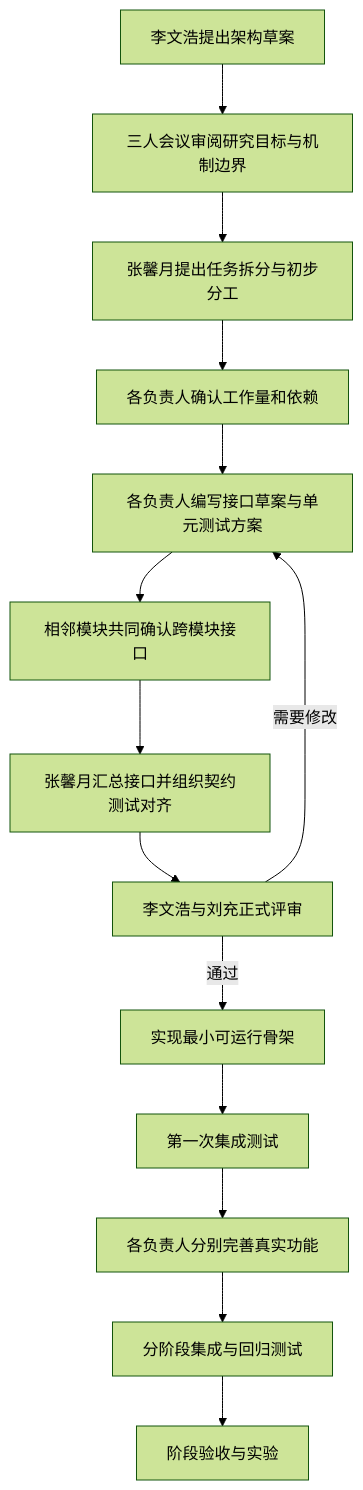
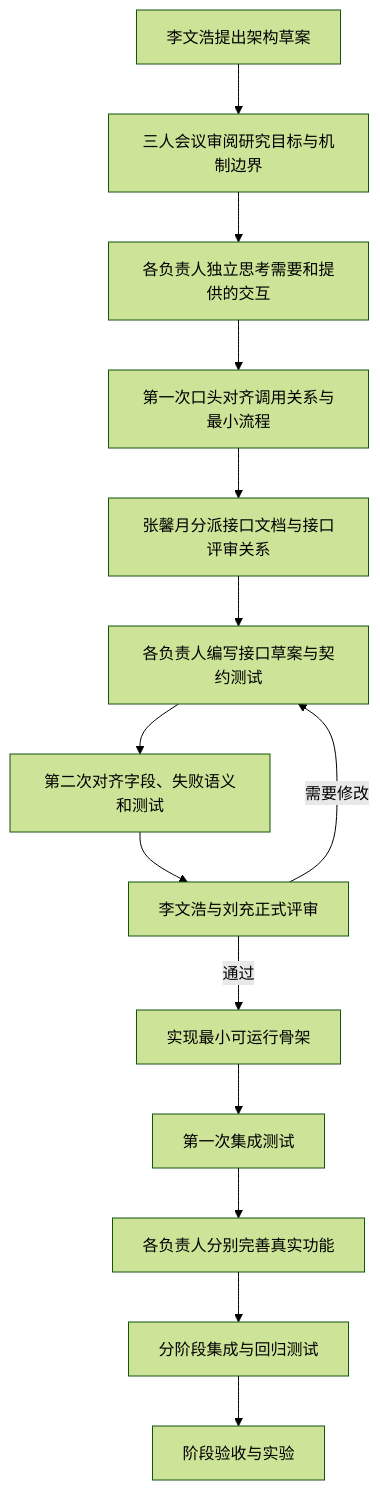
The diagram in docs/DEVELOPMENT_COLLABORATION_PROCESS.md (peterliwenhao/economic-systems-toy), drawn with Mermaid (forest theme) before and after one commit. The commit also changed other lines of this file and 10 other files, not shown here.

````diff
--- a/docs/DEVELOPMENT_COLLABORATION_PROCESS.md
+++ b/docs/DEVELOPMENT_COLLABORATION_PROCESS.md
@@ -69,16 +71,16 @@
 ```mermaid
 flowchart TD
     A[李文浩提出架构草案] --> B[三人会议审阅研究目标与机制边界]
-    B --> C[张馨月提出任务拆分与初步分工]
-    C --> D[各负责人确认工作量和依赖]
-    D --> E[各负责人编写接口草案与单元测试方案]
-    E --> F[相邻模块共同确认跨模块接口]
-    F --> G[张馨月汇总接口并组织契约测试对齐]
+    B --> C[各负责人独立思考需要和提供的交互]
+    C --> D[第一次口头对齐调用关系与最小流程]
+    D --> E[张馨月分派接口文档与接口评审关系]
+    E --> F[各负责人编写接口草案与契约测试]
+    F --> G[第二次对齐字段、失败语义和测试]
     G --> H[李文浩与刘充正式评审]
-    H -->|需要修改| E
+    H -->|需要修改| F
     H -->|通过| I[实现最小可运行骨架]
     I --> J[第一次集成测试]
     J --> K[各负责人分别完善真实功能]
     K --> L[分阶段集成与回归测试]
     L --> M[阶段验收与实验]
 ```
````
